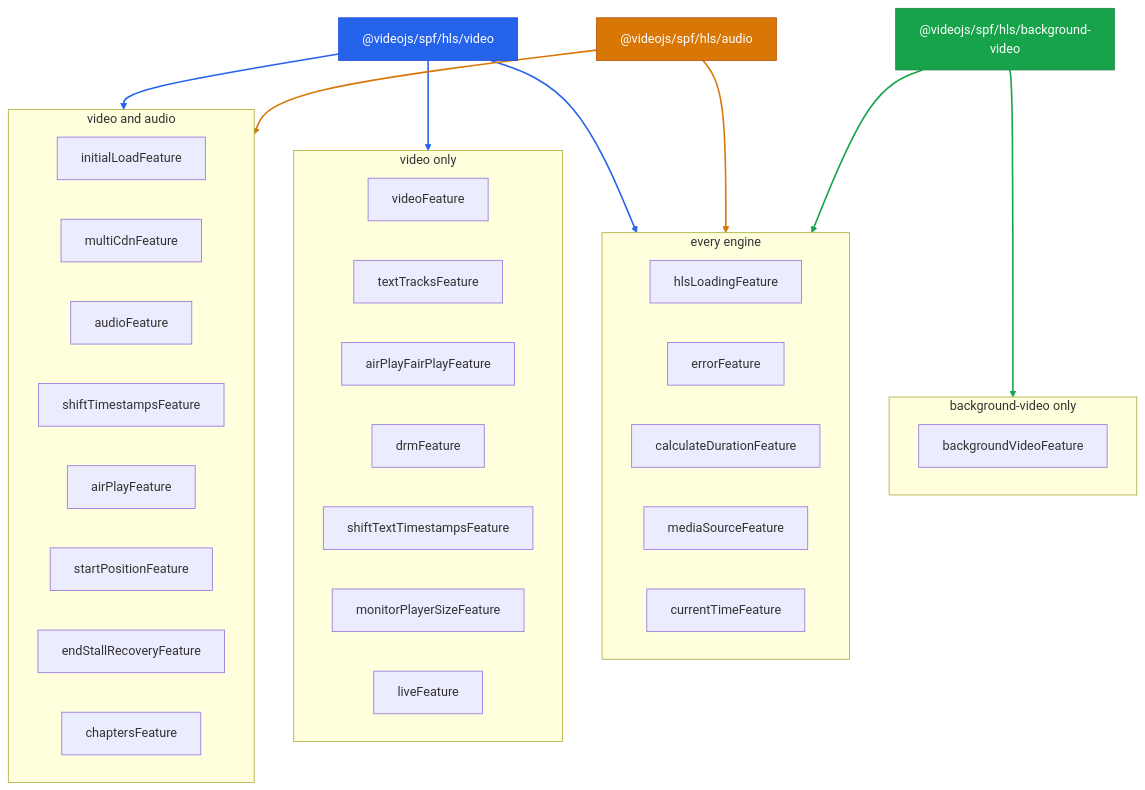
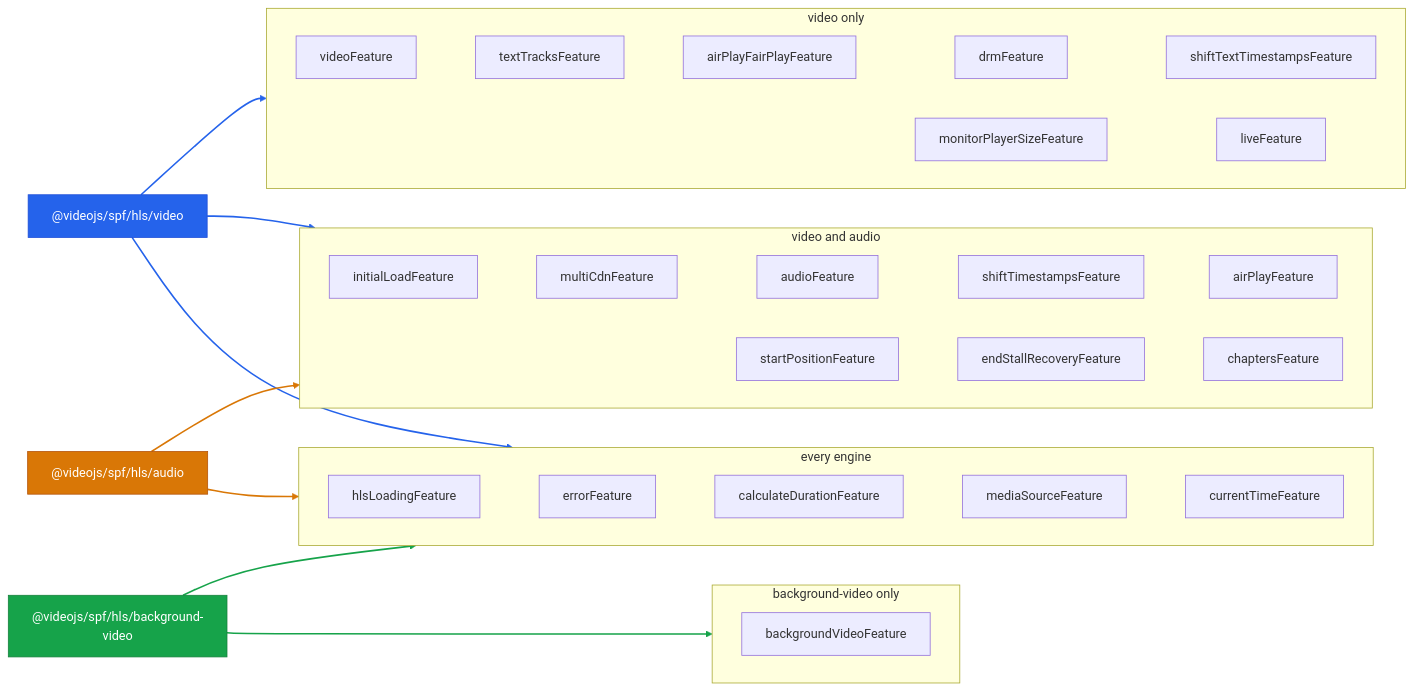
Before and after one commit to videojs/video.js: the diagram in packages/spf/docs/reference/README.md, drawn with Mermaid. The commit also changed 1 other file, not shown here.

Commit message:
build(spf): lay the engines diagram out left to right in wrapped rows
The top-to-bottom layout was clear but too tall to read on GitHub. Back
to left to right, engines in a column on the left and groups stacked on
the right, with each group's features chained by invisible links (`~~~`)
into rows of five. A subgraph with internal links honors its own
`direction`, so `direction LR` inside each group keeps those rows
horizontal; invisible links are edges too and count toward the
`linkStyle` indices.

Groups are ordered from the first engine down: its own features, then the
ones it shares with the next engine, then the ones every engine shares,
then the remaining engines' own.

Rendered and checked with Mermaid 11 at a 900px container width.

````diff
--- a/packages/spf/docs/reference/README.md
+++ b/packages/spf/docs/reference/README.md
@@ -15,52 +15,61 @@
 ```mermaid
-graph TB
+graph LR
   classDef engine_video fill:#2563eb,stroke:#1d4ed8,color:#fff
   engine_video["@videojs/spf/hls/video"]:::engine_video
   classDef engine_audio fill:#d97706,stroke:#b45309,color:#fff
   engine_audio["@videojs/spf/hls/audio"]:::engine_audio
   classDef engine_background_video fill:#16a34a,stroke:#15803d,color:#fff
   engine_background_video["@videojs/spf/hls/background-video"]:::engine_background_video
-  subgraph group_0["every engine"]
-    feature_hls_loading["hlsLoadingFeature"]
-    feature_error["errorFeature"]
-    feature_calculate_duration["calculateDurationFeature"]
-    feature_media_source["mediaSourceFeature"]
-    feature_current_time["currentTimeFeature"]
+  subgraph group_0["video only"]
+    direction LR
+    feature_video["videoFeature"]
+    feature_text_tracks["textTracksFeature"]
+    feature_airplay_fairplay["airPlayFairPlayFeature"]
+    feature_drm["drmFeature"]
+    feature_shift_text_timestamps["shiftTextTimestampsFeature"]
+    feature_monitor_player_size["monitorPlayerSizeFeature"]
+    feature_live["liveFeature"]
+    feature_video ~~~ feature_text_tracks ~~~ feature_airplay_fairplay ~~~ feature_drm ~~~ feature_shift_text_timestamps
+    feature_monitor_player_size ~~~ feature_live
   end
   subgraph group_1["video and audio"]
+    direction LR
     feature_initial_load["initialLoadFeature"]
     feature_multi_cdn["multiCdnFeature"]
     feature_audio["audioFeature"]
     feature_shift_timestamps["shiftTimestampsFeature"]
     feature_airplay["airPlayFeature"]
     feature_start_position["startPositionFeature"]
     feature_end_stall_recovery["endStallRecoveryFeature"]
     feature_chapters["chaptersFeature"]
+    feature_initial_load ~~~ feature_multi_cdn ~~~ feature_audio ~~~ feature_shift_timestamps ~~~ feature_airplay
+    feature_start_position ~~~ feature_end_stall_recovery ~~~ feature_chapters
   end
-  subgraph group_2["video only"]
-    feature_video["videoFeature"]
-    feature_text_tracks["textTracksFeature"]
-    feature_airplay_fairplay["airPlayFairPlayFeature"]
-    feature_drm["drmFeature"]
-    feature_shift_text_timestamps["shiftTextTimestampsFeature"]
-    feature_monitor_player_size["monitorPlayerSizeFeature"]
-    feature_live["liveFeature"]
+  subgraph group_2["every engine"]
+    direction LR
+    feature_hls_loading["hlsLoadingFeature"]
+    feature_error["errorFeature"]
+    feature_calculate_duration["calculateDurationFeature"]
+    feature_media_source["mediaSourceFeature"]
+    feature_current_time["currentTimeFeature"]
+    feature_hls_loading ~~~ feature_error ~~~ feature_calculate_duration ~~~ feature_media_source ~~~ feature_current_time
   end
   subgraph group_3["background-video only"]
+    direction LR
     feature_background_video["backgroundVideoFeature"]
   end
   engine_video --> group_0
-  linkStyle 0 stroke:#2563eb,stroke-width:2px
+  linkStyle 15 stroke:#2563eb,stroke-width:2px
   engine_video --> group_1
-  linkStyle 1 stroke:#2563eb,stroke-width:2px
+  linkStyle 16 stroke:#2563eb,stroke-width:2px
   engine_video --> group_2
-  linkStyle 2 stroke:#2563eb,stroke-width:2px
-  engine_audio --> group_0
-  linkStyle 3 stroke:#d97706,stroke-width:2px
+  linkStyle 17 stroke:#2563eb,stroke-width:2px
   engine_audio --> group_1
-  linkStyle 4 stroke:#d97706,stroke-width:2px
-  engine_background_video --> group_0
-  linkStyle 5 stroke:#16a34a,stroke-width:2px
+  linkStyle 18 stroke:#d97706,stroke-width:2px
+  engine_audio --> group_2
+  linkStyle 19 stroke:#d97706,stroke-width:2px
+  engine_background_video --> group_2
+  linkStyle 20 stroke:#16a34a,stroke-width:2px
   engine_background_video --> group_3
-  linkStyle 6 stroke:#16a34a,stroke-width:2px
+  linkStyle 21 stroke:#16a34a,stroke-width:2px
 ```
````
